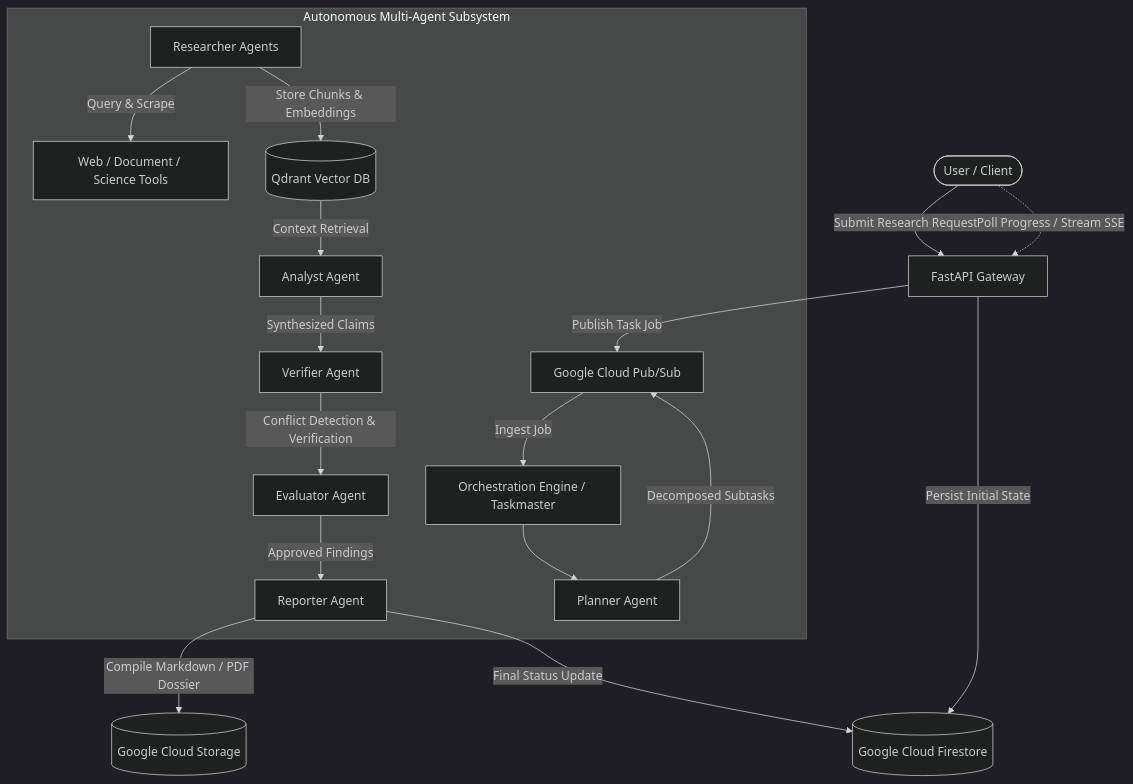
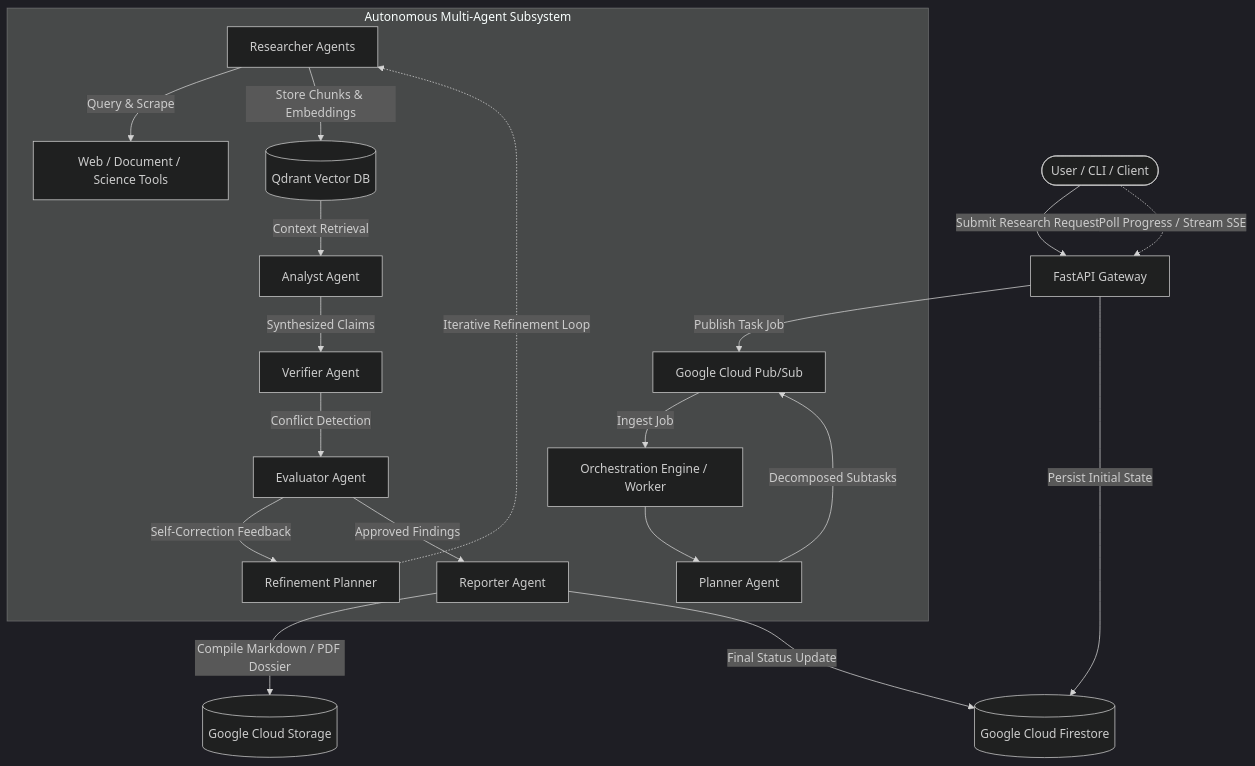
One commit to Ankushh0027/ResearchMind changed the diagram in README.md. Above: the diagram before and after it, drawn with Mermaid (dark theme). The commit also changed other lines of this file and 28 other files, not shown here.

````diff
--- a/README.md
+++ b/README.md
@@ -44,26 +23,28 @@
 ```mermaid
 flowchart TD
-    User([User / Client]) -->|Submit Research Request| API[FastAPI Gateway]
+    User([User / CLI / Client]) -->|Submit Research Request| API[FastAPI Gateway]
     API -->|Persist Initial State| Firestore[(Google Cloud Firestore)]
     API -->|Publish Task Job| PubSub[Google Cloud Pub/Sub]
     
-    PubSub -->|Ingest Job| Orchestrator[Orchestration Engine / Taskmaster]
+    PubSub -->|Ingest Job| Orchestrator[Orchestration Engine / Worker]
     
     subgraph AgentMesh [Autonomous Multi-Agent Subsystem]
         Orchestrator --> Planner[Planner Agent]
         Planner -->|Decomposed Subtasks| PubSub
         
         Researcher[Researcher Agents] -->|Query & Scrape| Tools[Web / Document / Science Tools]
         Researcher -->|Store Chunks & Embeddings| Qdrant[(Qdrant Vector DB)]
         
         Qdrant -->|Context Retrieval| Analyst[Analyst Agent]
         Analyst -->|Synthesized Claims| Verifier[Verifier Agent]
         
-        Verifier -->|Conflict Detection & Verification| Evaluator[Evaluator Agent]
+        Verifier -->|Conflict Detection| Evaluator[Evaluator Agent]
+        Evaluator -->|Self-Correction Feedback| Refiner[Refinement Planner]
+        Refiner -.->|Iterative Refinement Loop| Researcher
         Evaluator -->|Approved Findings| Reporter[Reporter Agent]
     end
     
     Reporter -->|Compile Markdown / PDF Dossier| GCS[(Google Cloud Storage)]
     Reporter -->|Final Status Update| Firestore
     User -.->|Poll Progress / Stream SSE| API
 ```
````
